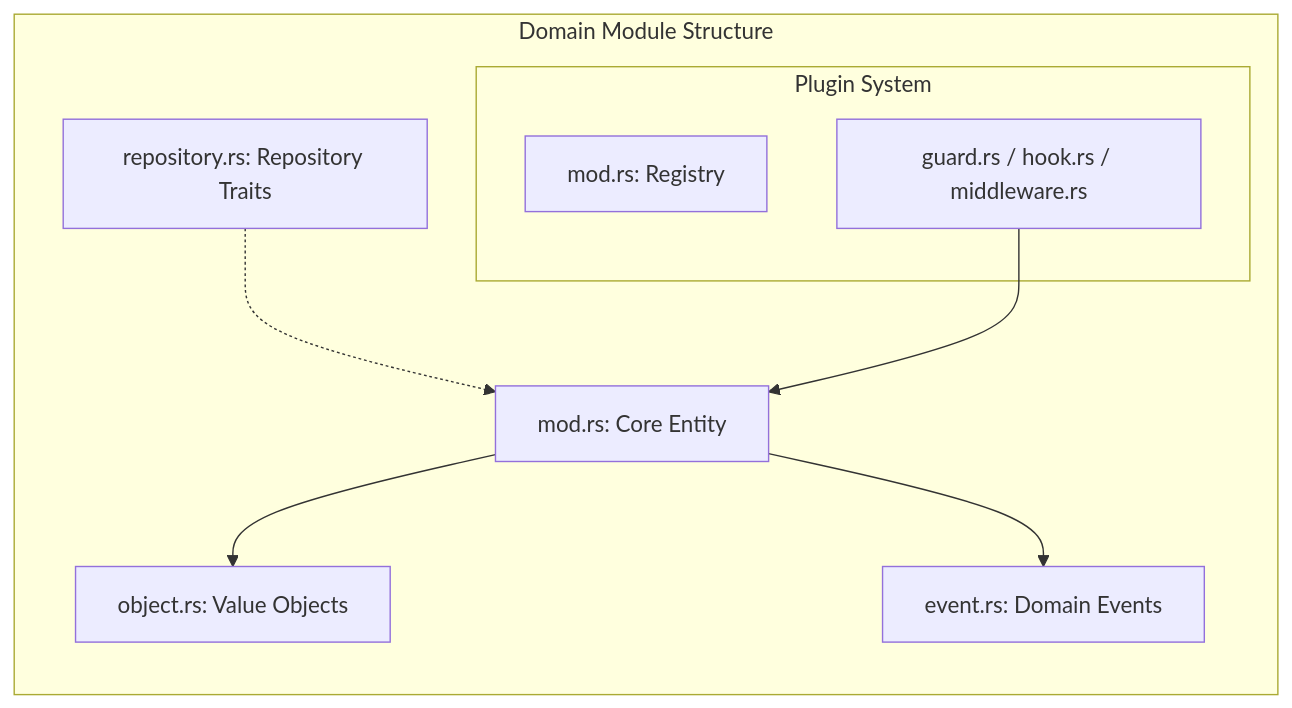
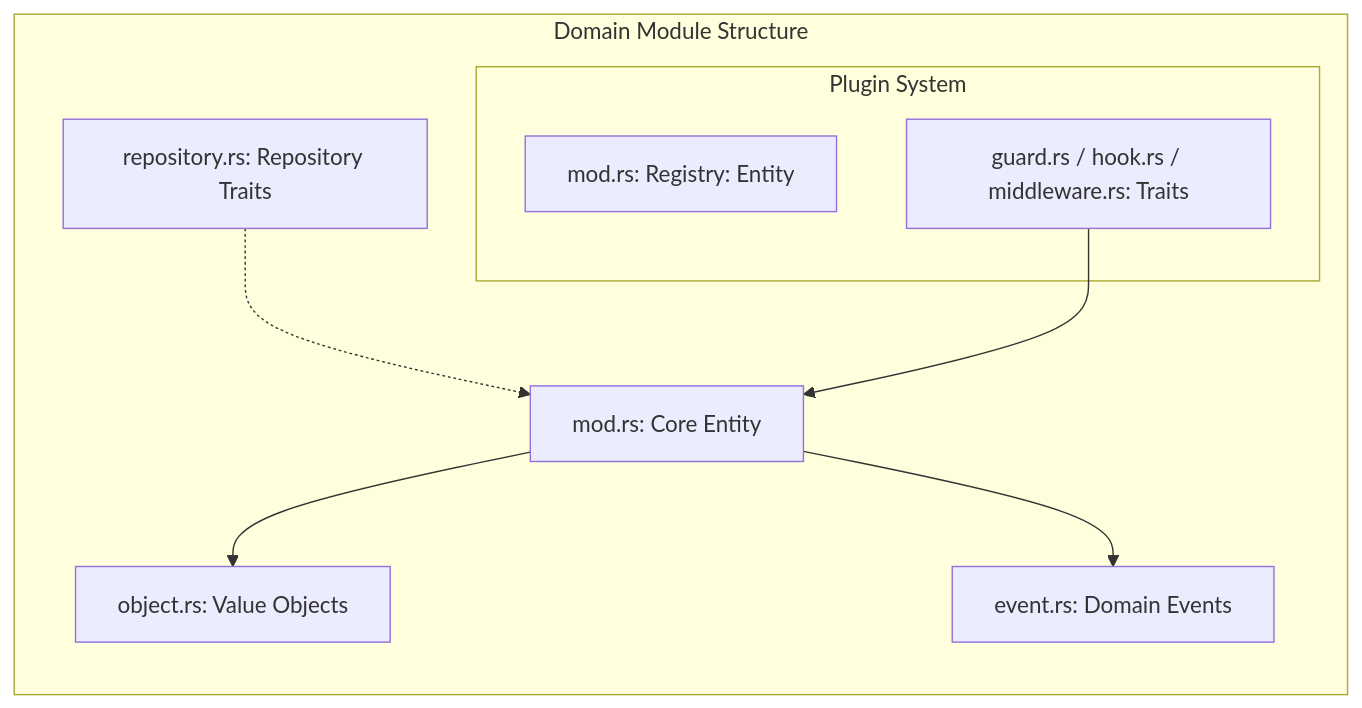
Before and after one commit to Vancoola/oxide-lms: the second of 3 diagrams in README.md, drawn with Mermaid. The commit also changed 1 other file, not shown here.

Commit message:
небольшие правки

````diff
--- a/README.md
+++ b/README.md
@@ -176,19 +176,19 @@
 ```mermaid
     graph LR
     subgraph Module [Domain Module Structure]
         model[mod.rs: Core Entity]
         vo[object.rs: Value Objects]
         events[event.rs: Domain Events]
         repo[repository.rs: Repository Traits]
 
         subgraph Plugins [Plugin System]
-            registry[mod.rs: Registry]
-            hook[guard.rs / hook.rs / middleware.rs]
+            registry[mod.rs: Registry: Entity]
+            hook[guard.rs / hook.rs / middleware.rs: Traits]
         end
     end
 
     model --> vo
     model --> events
     repo -.-> model
     hook --> model
 ```
````
